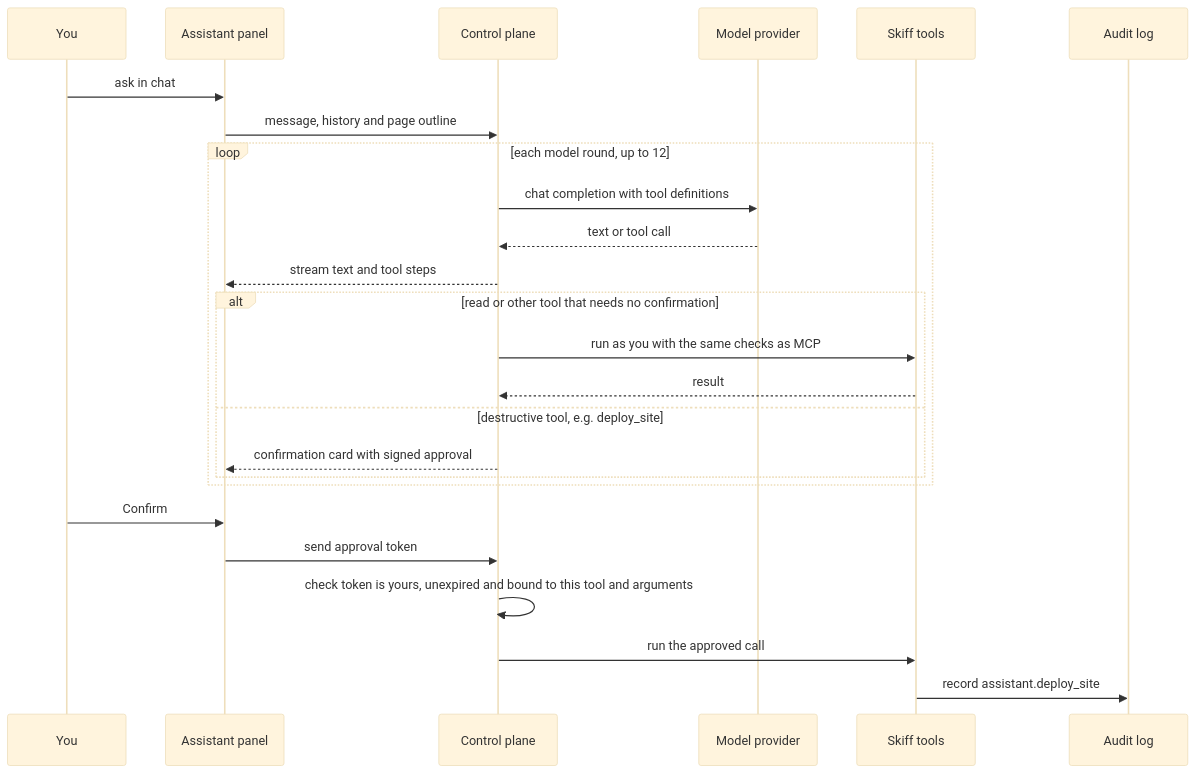
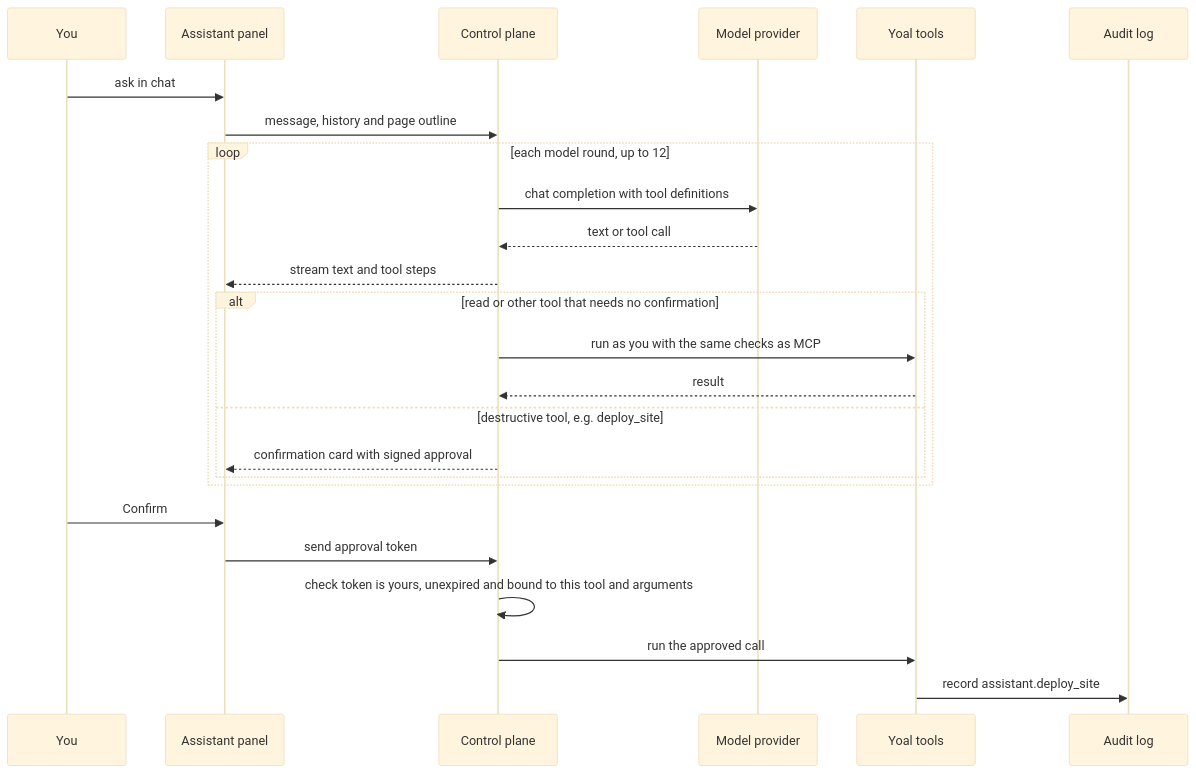
Before and after one commit to KieranHolroyd/skiff: the diagram in packages/docs/content/clients/assistant.md, drawn with Mermaid (base theme). The commit also changed other lines of this file and 1869 other files, not shown here.

````diff
--- a/packages/docs/content/clients/assistant.md
+++ b/packages/docs/content/clients/assistant.md
@@ -77,27 +77,27 @@
 ```mermaid
 sequenceDiagram
   participant U as You
   participant P as Assistant panel
   participant CP as Control plane
   participant M as Model provider
-  participant T as Skiff tools
+  participant T as Yoal tools
   participant L as Audit log
   U->>P: ask in chat
   P->>CP: message, history and page outline
   loop each model round, up to 12
     CP->>M: chat completion with tool definitions
     M-->>CP: text or tool call
     CP-->>P: stream text and tool steps
     alt read or other tool that needs no confirmation
       CP->>T: run as you with the same checks as MCP
       T-->>CP: result
     else destructive tool, e.g. deploy_site
       CP-->>P: confirmation card with signed approval
     end
   end
   U->>P: Confirm
   P->>CP: send approval token
   CP->>CP: check token is yours, unexpired and bound to this tool and arguments
   CP->>T: run the approved call
   T->>L: record assistant.deploy_site
 ```
````
